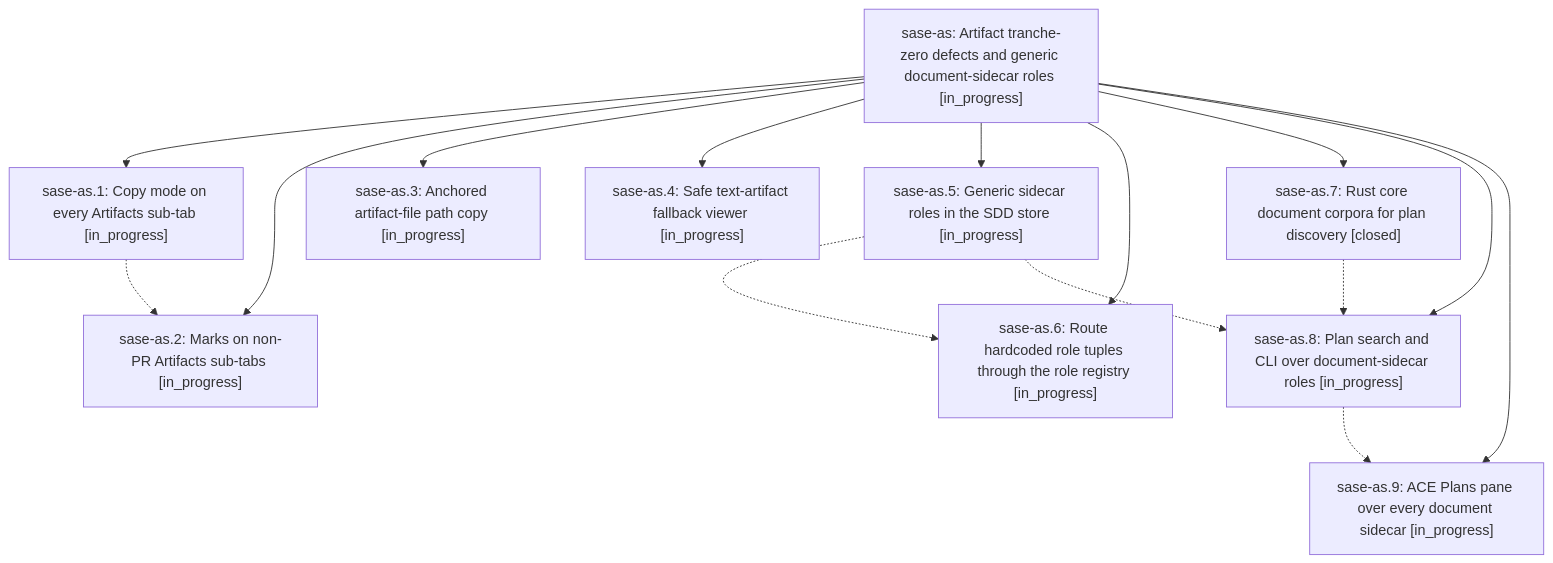
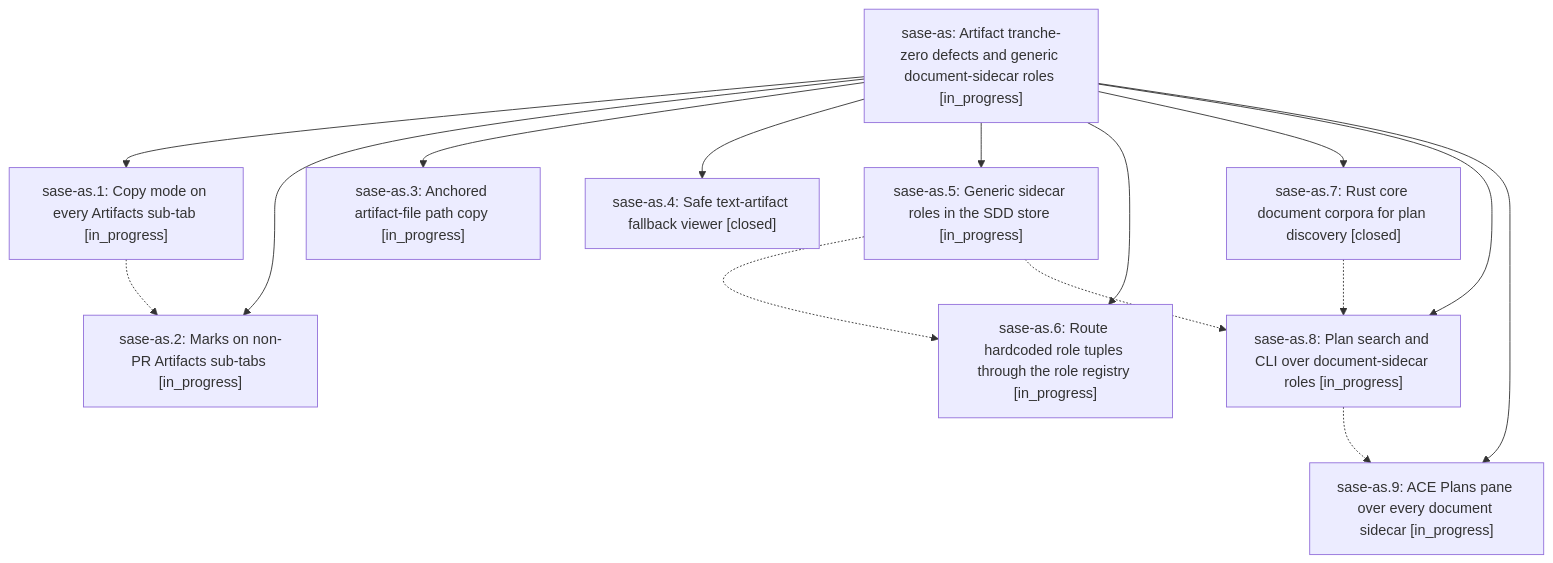
The diagram in pages/sase-as/README.md (sase-org/sase--beads), drawn with Mermaid before and after one commit. The commit also changed other lines of this file and 9 other files, not shown here.

````diff
--- a/pages/sase-as/README.md
+++ b/pages/sase-as/README.md
@@ -30,27 +30,27 @@
 ```mermaid
 flowchart TD
     n0["sase-as: Artifact tranche-zero defects and generic document-sidecar roles [in_progress]"]
     n1["sase-as.1: Copy mode on every Artifacts sub-tab [in_progress]"]
     n2["sase-as.2: Marks on non-PR Artifacts sub-tabs [in_progress]"]
     n3["sase-as.3: Anchored artifact-file path copy [in_progress]"]
-    n4["sase-as.4: Safe text-artifact fallback viewer [in_progress]"]
+    n4["sase-as.4: Safe text-artifact fallback viewer [closed]"]
     n5["sase-as.5: Generic sidecar roles in the SDD store [in_progress]"]
     n6["sase-as.6: Route hardcoded role tuples through the role registry [in_progress]"]
     n7["sase-as.7: Rust core document corpora for plan discovery [closed]"]
     n8["sase-as.8: Plan search and CLI over document-sidecar roles [in_progress]"]
     n9["sase-as.9: ACE Plans pane over every document sidecar [in_progress]"]
     n0 --> n1
     n0 --> n2
     n0 --> n3
     n0 --> n4
     n0 --> n5
     n0 --> n6
     n0 --> n7
     n0 --> n8
     n0 --> n9
     n1 -.-> n2
     n5 -.-> n6
     n5 -.-> n8
     n7 -.-> n8
     n8 -.-> n9
 ```
````
